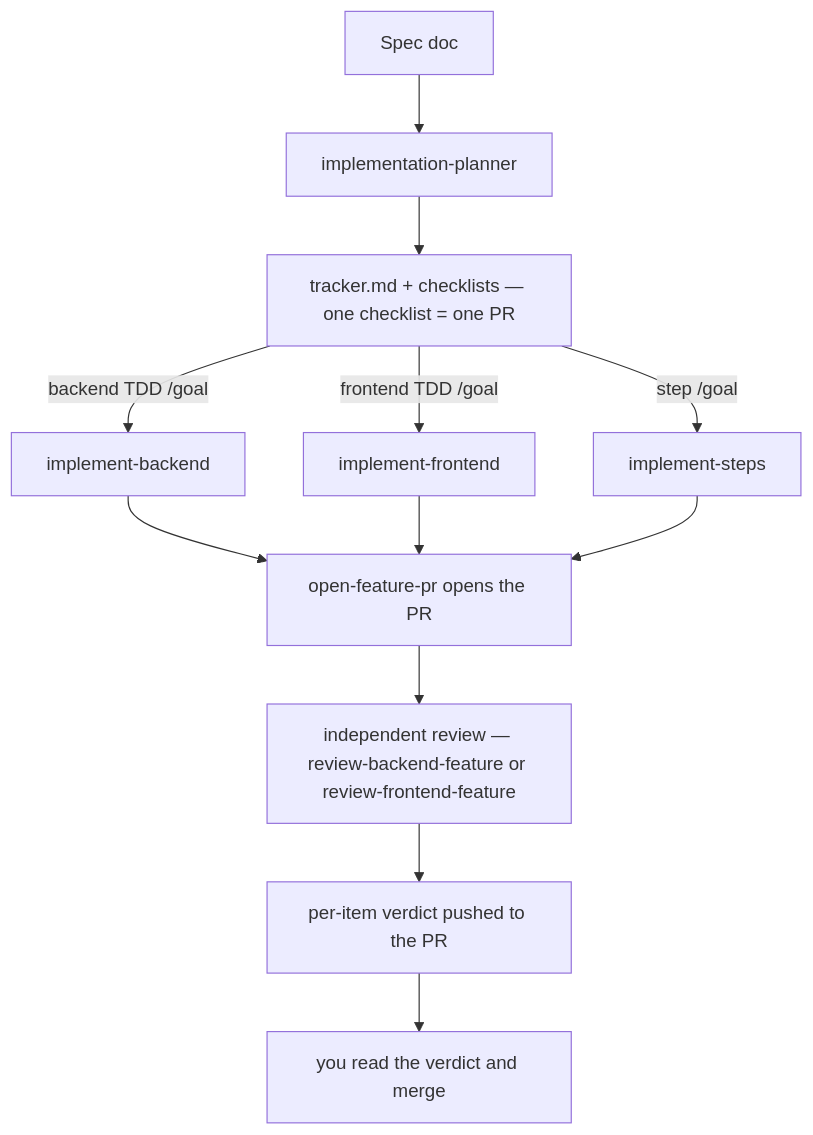
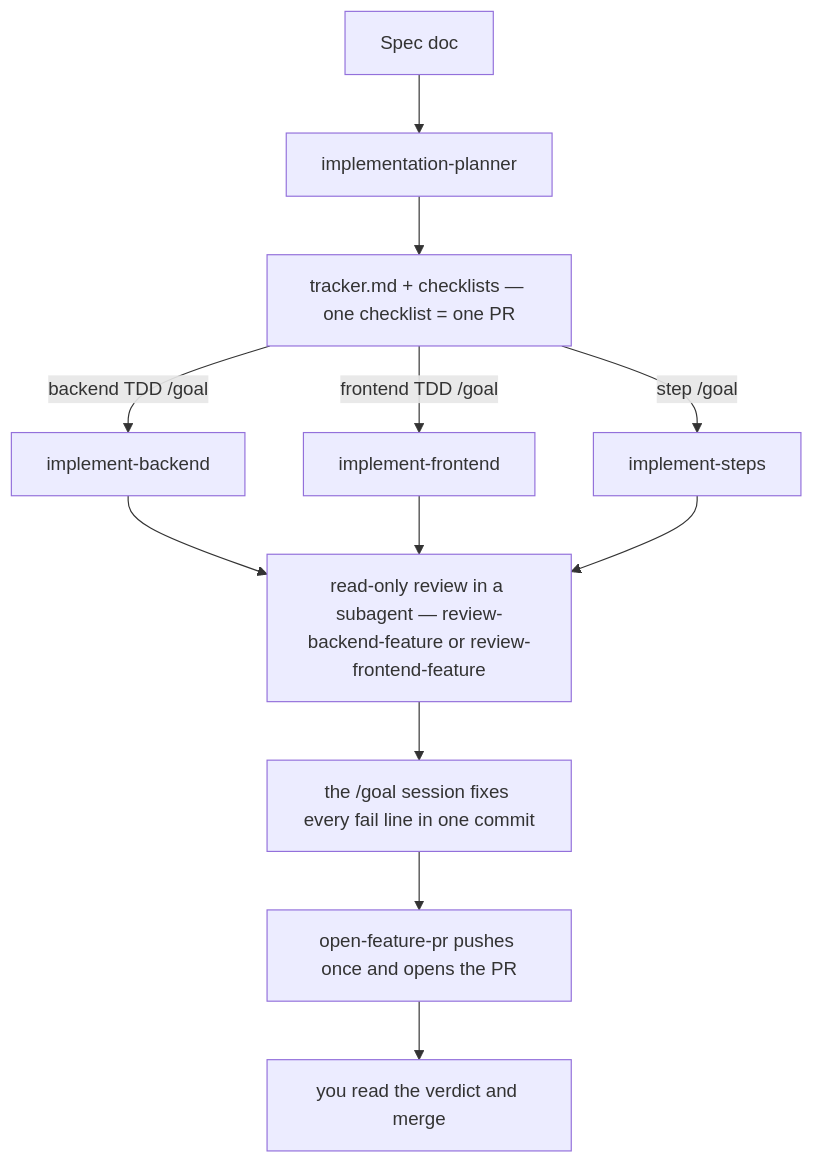
The diagram in README.md (Njunge11/jig), drawn with Mermaid before and after one commit. The commit also changed other lines of this file and 61 other files, not shown here.

First line of the commit message:
fix(jig): build each slice in the /goal session, review read-only before the one push

````diff
--- a/README.md
+++ b/README.md
@@ -70,14 +70,14 @@
 ```mermaid
 flowchart TD
     S[Spec doc] --> P[implementation-planner]
     P --> T["tracker.md + checklists — one checklist = one PR"]
     T -->|"backend TDD /goal"| B[implement-backend]
     T -->|"frontend TDD /goal"| F[implement-frontend]
     T -->|"step /goal"| SL[implement-steps]
-    B --> O[open-feature-pr opens the PR]
-    F --> O
-    SL --> O
-    O --> R["independent review — review-backend-feature or review-frontend-feature"]
-    R --> V[per-item verdict pushed to the PR]
-    V --> M[you read the verdict and merge]
+    B --> R["read-only review in a subagent — review-backend-feature or review-frontend-feature"]
+    F --> R
+    SL --> R
+    R --> X[the /goal session fixes every fail line in one commit]
+    X --> O[open-feature-pr pushes once and opens the PR]
+    O --> M[you read the verdict and merge]
 ```
````
